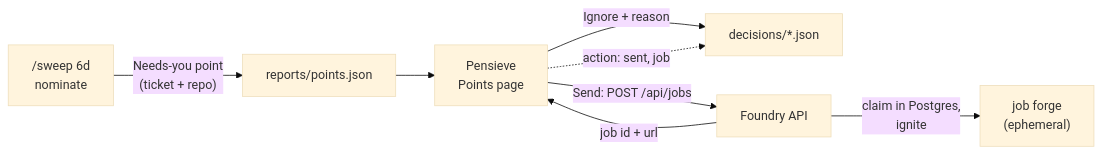
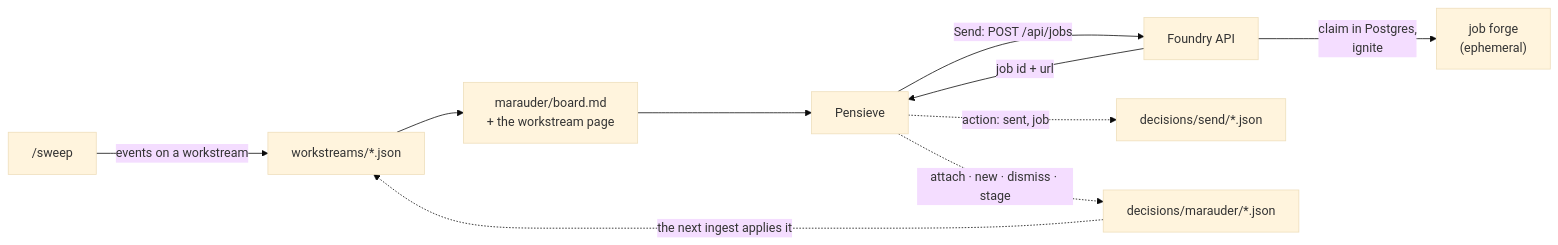
One commit to d0nwong/citadel changed the fourth of 4 diagrams in apps/argus/README.md. Above: the diagram before and after it, drawn with Mermaid (base theme). The commit also changed other lines of this file and 13 other files, not shown here.

````diff
--- a/apps/argus/README.md
+++ b/apps/argus/README.md
@@ -285,10 +283,12 @@
 ```mermaid
 flowchart LR
-    sweep["/sweep 6d<br/>nominate"] -- "Needs-you point<br/>(ticket + repo)" --> points["reports/points.json"]
-    points --> pensieve["Pensieve<br/>Points page"]
-    pensieve -- "Ignore + reason" --> decisions["decisions/*.json"]
+    sweep["/sweep"] -- "events on a workstream" --> ws["workstreams/*.json"]
+    ws --> board["marauder/board.md<br/>+ the workstream page"]
+    board --> pensieve["Pensieve"]
     pensieve -- "Send: POST /api/jobs" --> foundry["Foundry API"]
     foundry -- "job id + url" --> pensieve
-    pensieve -. "action: sent, job" .-> decisions
+    pensieve -. "action: sent, job" .-> decisions["decisions/send/*.json"]
+    pensieve -. "attach · new · dismiss · stage" .-> mdec["decisions/marauder/*.json"]
+    mdec -. "the next ingest applies it" .-> ws
     foundry -- "claim in Postgres,<br/>ignite" --> forge["job forge<br/>(ephemeral)"]
 ```
````
